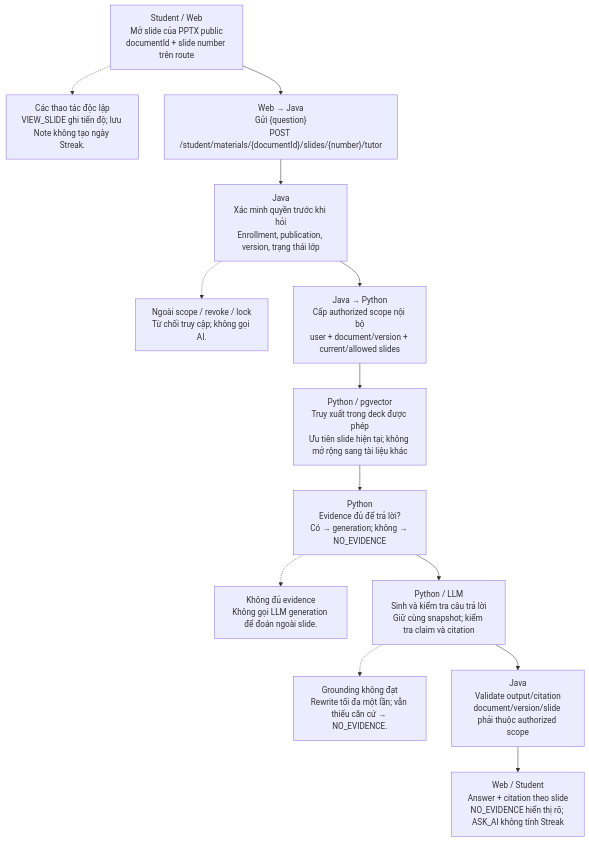
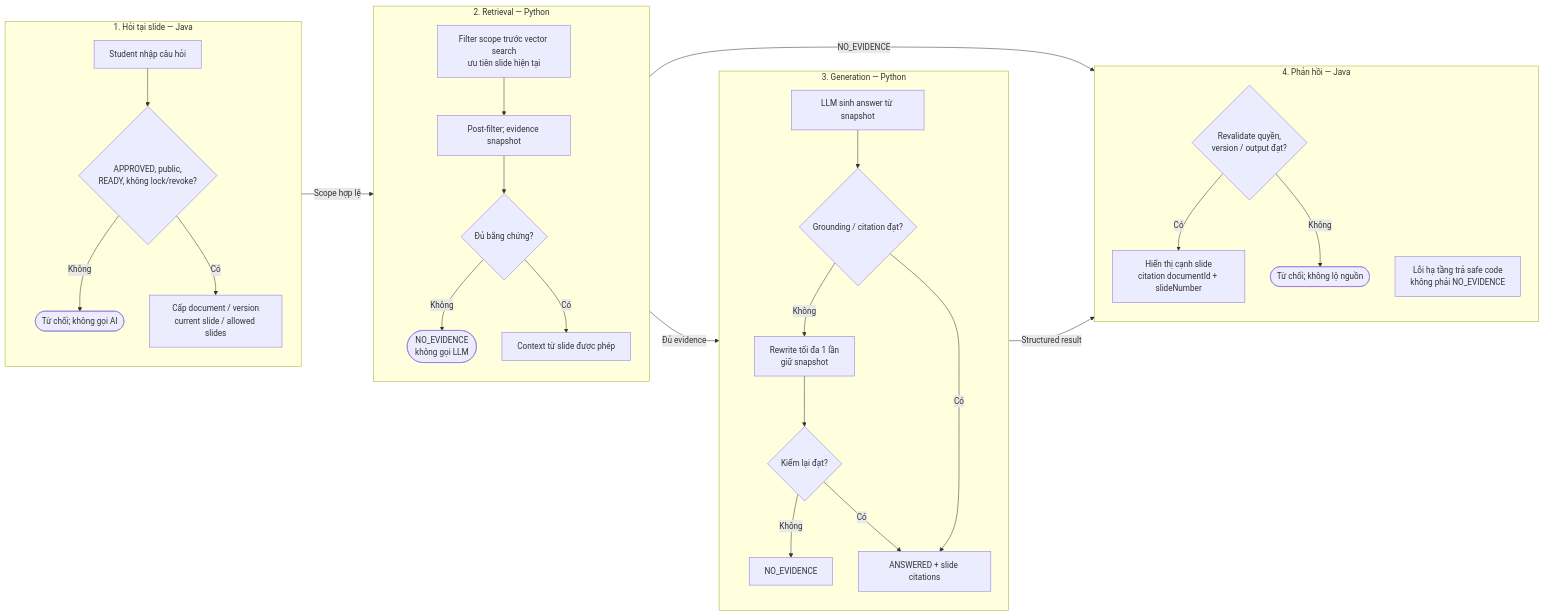
One commit to bch7504/DATN changed the diagram in docs/diagrams/chuong-3/04-slide-tutor.mmd. Above: the diagram before and after it, drawn with Mermaid. The commit also changed 48 other files, not shown here.

Commit message:
docs: restructure report ch2 (analysis phase) and ch3 (design phase), clean up diagrams

```diff
--- a/docs/diagrams/chuong-3/04-slide-tutor.mmd
+++ b/docs/diagrams/chuong-3/04-slide-tutor.mmd
@@ -1,22 +1,33 @@
-flowchart TD
-    N0["Student / Web<br/>Mở slide của PPTX public<br/>documentId + slide number trên route"]
-    N0 -.-> S0["Các thao tác độc lập<br/>VIEW_SLIDE ghi tiến độ; lưu Note không tạo ngày Streak."]
-    N1["Web → Java<br/>Gửi {question}<br/>POST /student/materials/{documentId}/slides/{number}/tutor"]
-    N0 --> N1
-    N2["Java<br/>Xác minh quyền trước khi hỏi<br/>Enrollment, publication, version, trạng thái lớp"]
-    N1 --> N2
-    N2 -.-> S2["Ngoài scope / revoke / lock<br/>Từ chối truy cập; không gọi AI."]
-    N3["Java → Python<br/>Cấp authorized scope nội bộ<br/>user + document/version + current/allowed slides"]
-    N2 --> N3
-    N4["Python / pgvector<br/>Truy xuất trong deck được phép<br/>Ưu tiên slide hiện tại; không mở rộng sang tài liệu khác"]
-    N3 --> N4
-    N5["Python<br/>Evidence đủ để trả lời?<br/>Có → generation; không → NO_EVIDENCE"]
-    N4 --> N5
-    N5 -.-> S5["Không đủ evidence<br/>Không gọi LLM generation để đoán ngoài slide."]
-    N6["Python / LLM<br/>Sinh và kiểm tra câu trả lời<br/>Giữ cùng snapshot; kiểm tra claim và citation"]
-    N5 --> N6
-    N6 -.-> S6["Grounding không đạt<br/>Rewrite tối đa một lần; vẫn thiếu căn cứ → NO_EVIDENCE."]
-    N7["Java<br/>Validate output/citation<br/>document/version/slide phải thuộc authorized scope"]
-    N6 --> N7
-    N8["Web / Student<br/>Answer + citation theo slide<br/>NO_EVIDENCE hiển thị rõ; ASK_AI không tính Streak"]
-    N7 --> N8
+flowchart LR
+  subgraph AUTH["1. Hỏi tại slide — Java"]
+    direction TB
+    A["Student nhập câu hỏi"] --> B{"APPROVED, public,<br/>READY, không lock/revoke?"}
+    B -->|Không| X(["Từ chối; không gọi AI"])
+    B -->|Có| C["Cấp document / version<br/>current slide / allowed slides"]
+  end
+  subgraph RET["2. Retrieval — Python"]
+    direction TB
+    D["Filter scope trước vector search<br/>ưu tiên slide hiện tại"] --> SS["Post-filter; evidence snapshot"]
+    SS --> E{"Đủ bằng chứng?"}
+    E -->|Không| N(["NO_EVIDENCE<br/>không gọi LLM"])
+    E -->|Có| CTX["Context từ slide được phép"]
+  end
+  subgraph GEN["3. Generation — Python"]
+    direction TB
+    F["LLM sinh answer từ snapshot"] --> G{"Grounding / citation đạt?"}
+    G -->|Không| H["Rewrite tối đa 1 lần<br/>giữ snapshot"]
+    H --> I{"Kiểm lại đạt?"}
+    I -->|Không| NN["NO_EVIDENCE"]
+    I -->|Có| OK["ANSWERED + slide citations"]
+    G -->|Có| OK
+  end
+  subgraph RESP["4. Phản hồi — Java"]
+    direction TB
+    J{"Revalidate quyền,<br/>version / output đạt?"} -->|Có| R["Hiển thị cạnh slide<br/>citation documentId + slideNumber"]
+    J -->|Không| XX(["Từ chối; không lộ nguồn"])
+    ERR["Lỗi hạ tầng trả safe code<br/>không phải NO_EVIDENCE"]
+  end
+  AUTH -->|Scope hợp lệ| RET
+  RET -->|Đủ evidence| GEN
+  RET -->|NO_EVIDENCE| RESP
+  GEN -->|Structured result| RESP
```
